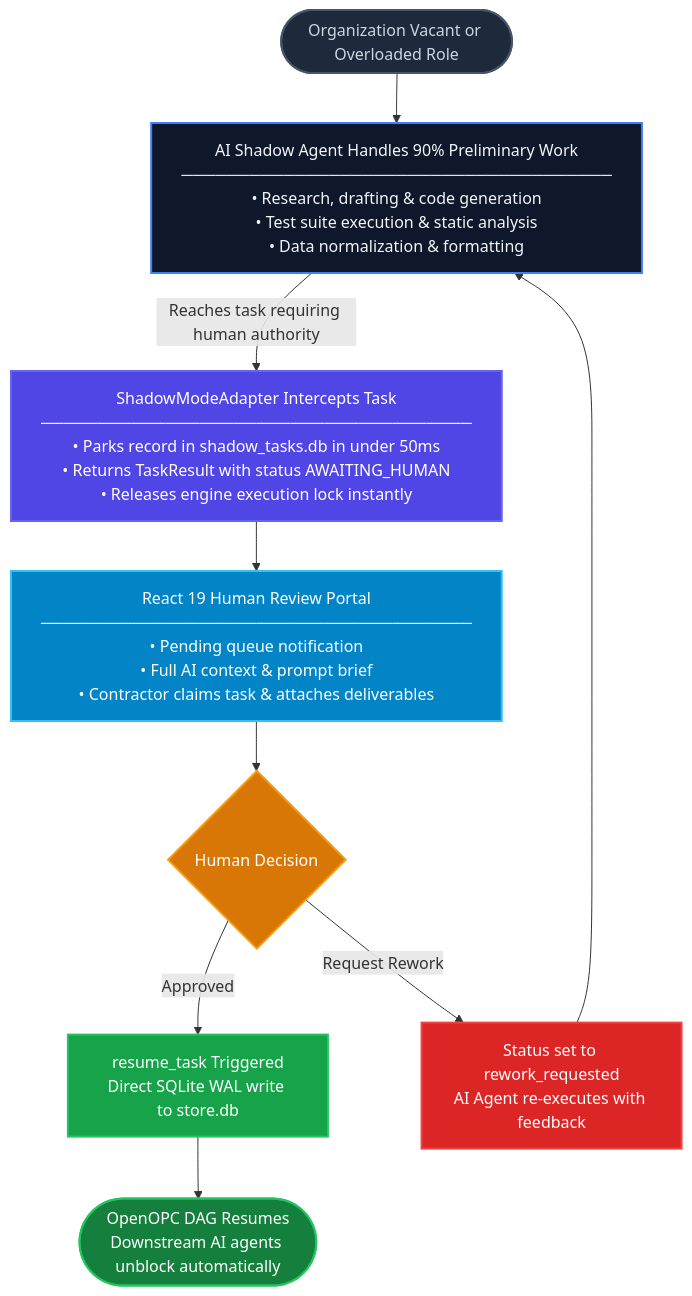
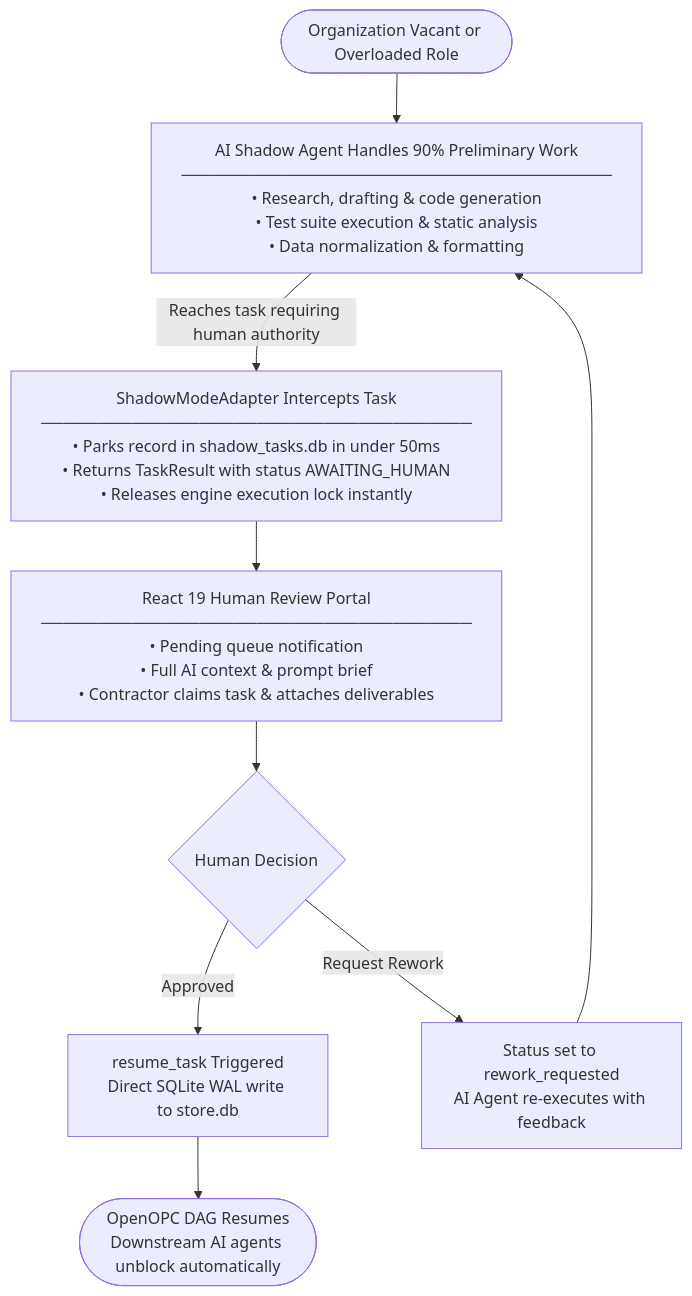
One commit to AhmadHassan-BTed/OpenOPC-Shadow-Adapter changed the second of 6 diagrams in README.md. Above: the diagram before and after it, drawn with Mermaid. The commit also changed other lines of this file, not shown here.

Commit message:
docs(readme): remove custom inline fills and styles from all Mermaid diagrams

````diff
--- a/README.md
+++ b/README.md
@@ -166,31 +158,22 @@
 ```mermaid
 flowchart TD
     Start(["Organization Vacant or Overloaded Role"])
 
     Start --> AI
     AI["AI Shadow Agent Handles 90% Preliminary Work\n──────────────────────────────────────\n• Research, drafting & code generation\n• Test suite execution & static analysis\n• Data normalization & formatting"]
 
     AI -->|Reaches task requiring human authority| Intercept
 
     Intercept["ShadowModeAdapter Intercepts Task\n──────────────────────────────────────\n• Parks record in shadow_tasks.db in under 50ms\n• Returns TaskResult with status AWAITING_HUMAN\n• Releases engine execution lock instantly"]
 
     Intercept --> Queue
     Queue["React 19 Human Review Portal\n──────────────────────────────────────\n• Pending queue notification\n• Full AI context & prompt brief\n• Contractor claims task & attaches deliverables"]
 
     Queue --> Decision{Human Decision}
 
     Decision -->|Approved| ResumePipeline["resume_task Triggered\nDirect SQLite WAL write to store.db"]
     Decision -->|Request Rework| ReworkPipeline["Status set to rework_requested\nAI Agent re-executes with feedback"]
     ReworkPipeline --> AI
 
     ResumePipeline --> Complete(["OpenOPC DAG Resumes\nDownstream AI agents unblock automatically"])
-
-    style Start fill:#1e293b,color:#cbd5e1,stroke:#475569,stroke-width:2px
-    style AI fill:#0f172a,color:#f1f5f9,stroke:#3b82f6,stroke-width:2px
-    style Intercept fill:#4f46e5,color:#ffffff,stroke:#6366f1,stroke-width:2px
-    style Queue fill:#0284c7,color:#ffffff,stroke:#38bdf8,stroke-width:2px
-    style Decision fill:#d97706,color:#ffffff,stroke:#f59e0b,stroke-width:2px
-    style ResumePipeline fill:#16a34a,color:#ffffff,stroke:#22c55e,stroke-width:2px
-    style ReworkPipeline fill:#dc2626,color:#ffffff,stroke:#ef4444,stroke-width:2px
-    style Complete fill:#15803d,color:#ffffff,stroke:#22c55e,stroke-width:2px
 ```
````
